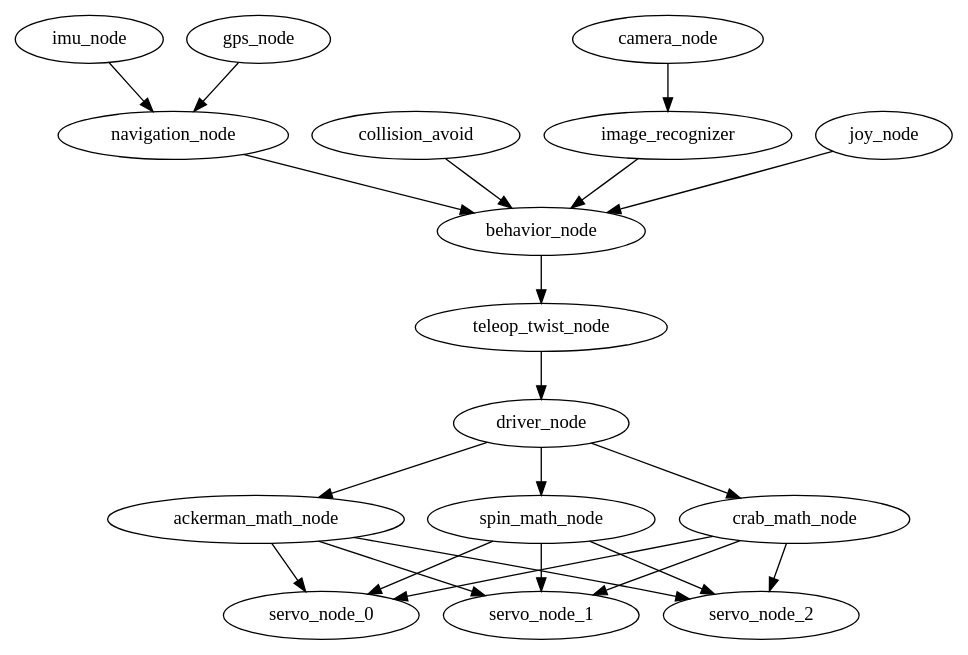
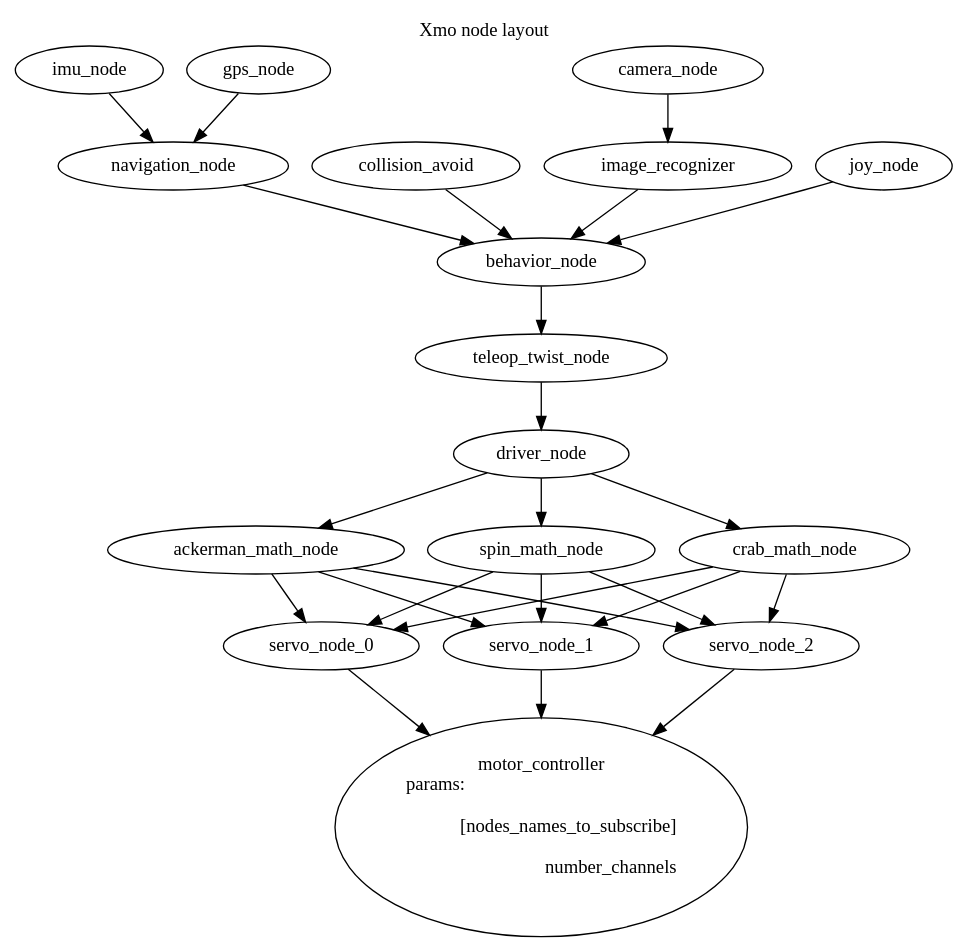
One commit to pulcher/Xmo changed the diagram in docs/node-layout.dot. Above: the diagram before and after it, drawn with Graphviz. The commit also changed 6 other files, not shown here.

Commit message:
got some of the configuration under my belt and working on the servo_driver

```diff
--- a/docs/node-layout.dot
+++ b/docs/node-layout.dot
@@ -1,34 +1,41 @@
 digraph xmo {
+    labelloc="t"
+    label="Xmo node layout";
+
     gps_node -> navigation_node
     imu_node -> navigation_node
     navigation_node -> behavior_node
 
     collision_avoid -> behavior_node
     
     camera_node -> image_recognizer
 
     image_recognizer -> behavior_node
 
     joy_node -> behavior_node
 
     behavior_node -> teleop_twist_node
 
     teleop_twist_node -> driver_node
 
     driver_node -> ackerman_math_node
     driver_node -> spin_math_node
     driver_node -> crab_math_node
 
     ackerman_math_node -> servo_node_0
     ackerman_math_node -> servo_node_1
     ackerman_math_node -> servo_node_2
 
     spin_math_node -> servo_node_0
     spin_math_node -> servo_node_1
     spin_math_node -> servo_node_2
 
     crab_math_node -> servo_node_0
     crab_math_node -> servo_node_1
     crab_math_node -> servo_node_2
 
+    servo_driver[label="motor_controller\nparams:\l\n[nodes_names_to_subscribe]\r\nnumber_channels\r\n"]
+    servo_node_0 -> servo_driver
+    servo_node_1 -> servo_driver
+    servo_node_2 -> servo_driver
 }
```
